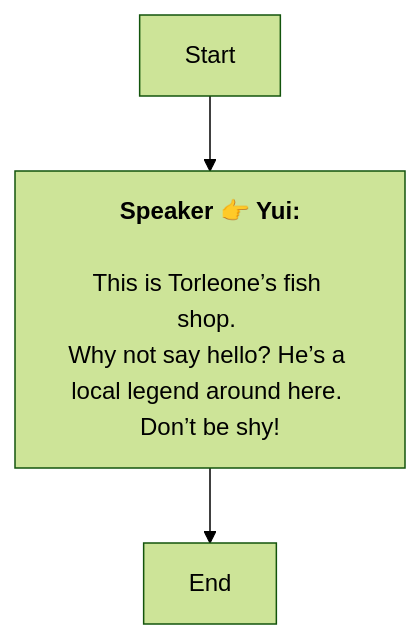
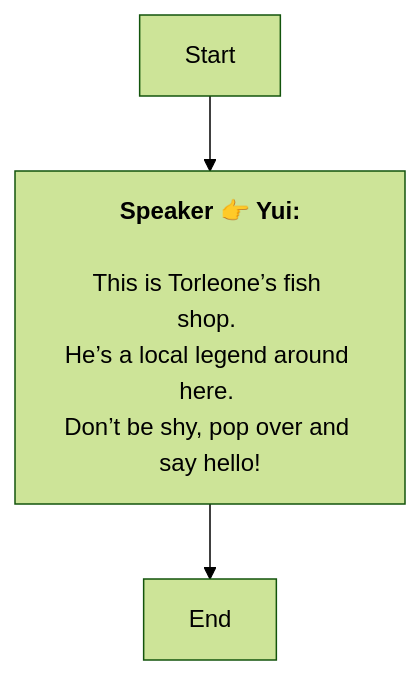
The diagram in En/QuestStartTalkENode_1741757843185991.md (SoftHu/tos_avg), drawn with Mermaid (forest theme) before and after one commit. The commit also changed 312 other files, not shown here.

````diff
--- a/En/QuestStartTalkENode_1741757843185991.md
+++ b/En/QuestStartTalkENode_1741757843185991.md
@@ -1,10 +1,10 @@
 ```mermaid
 graph
 Start -->1741757865484618[<b>Speaker 👉 Yui:</b>
 
 This is Torleone’s fish shop. 
-Why not say hello? He’s a local legend around here. 
-Don’t be shy!]
+He’s a local legend around here. 
+Don’t be shy, pop over and say hello!]
 1741757865484618 -->1741757936613707[End]
 
  ```
````
